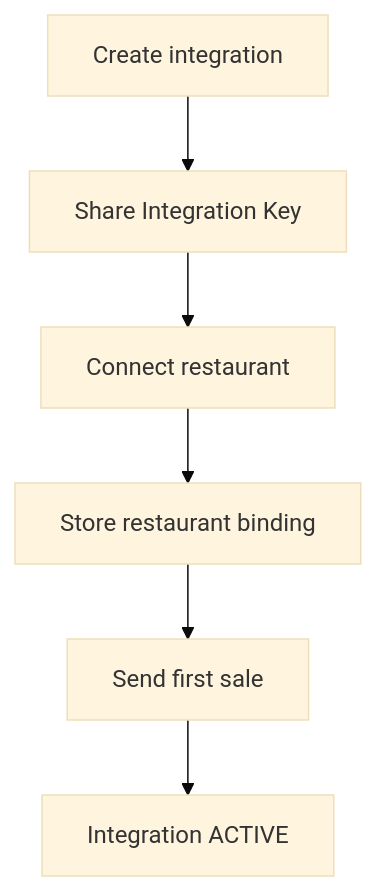
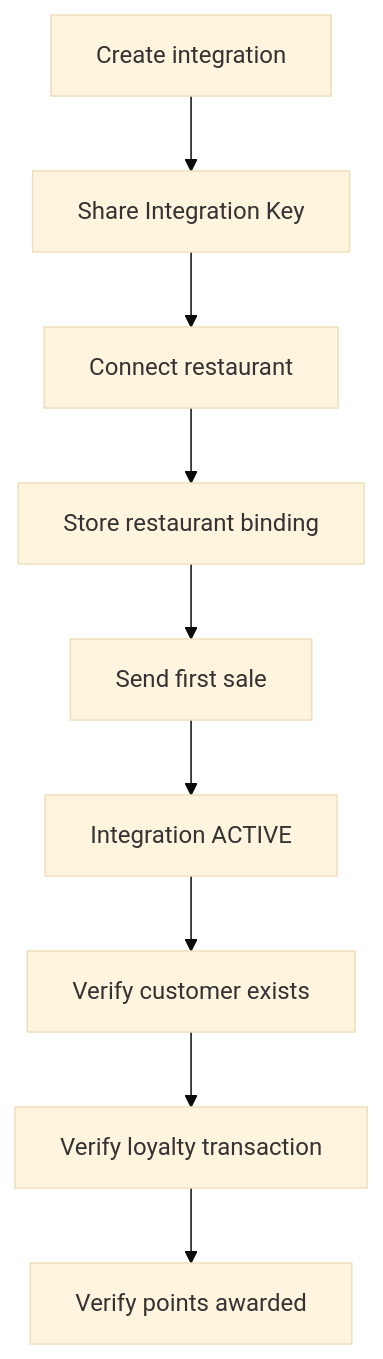
Before and after one commit to krischal07/docs: the diagram in PARTNER-HANDOFF.md, drawn with Mermaid (base theme). The commit also changed 24 other files, not shown here.

````diff
--- a/PARTNER-HANDOFF.md
+++ b/PARTNER-HANDOFF.md
@@ -9,8 +9,11 @@
 ```mermaid
 flowchart TD
   A["Create integration"] --> B["Share Integration Key"]
   B --> C["Connect restaurant"]
   C --> D["Store restaurant binding"]
   D --> E["Send first sale"]
   E --> F["Integration ACTIVE"]
+  F --> G["Verify customer exists"]
+  G --> H["Verify loyalty transaction"]
+  H --> I["Verify points awarded"]
 ```
````
